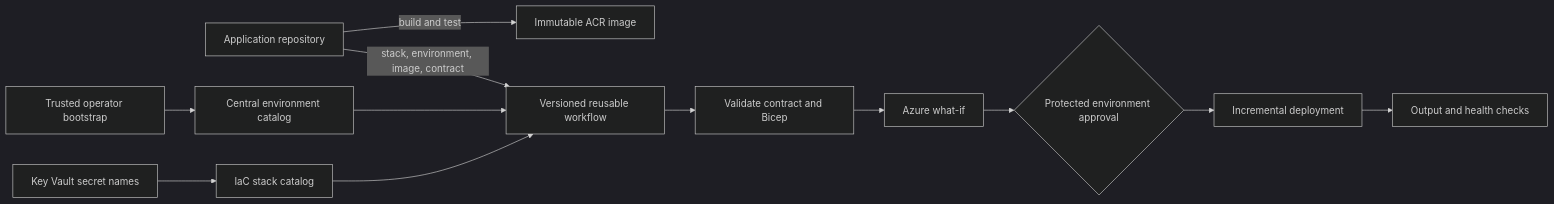
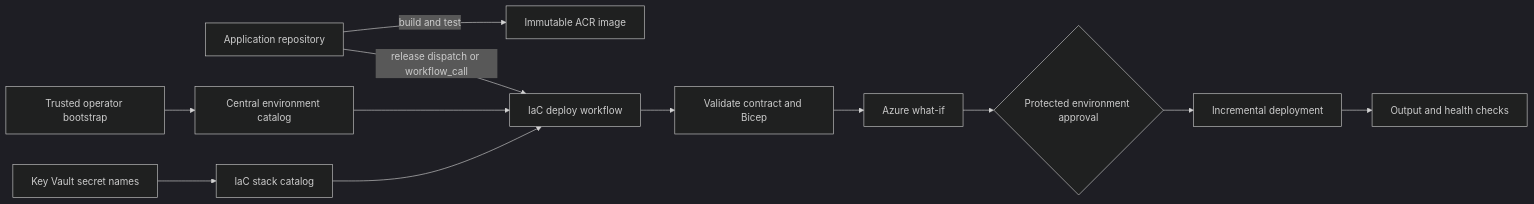
The diagram in docs/reusable-iac-design.md (BraddlesUnravels/iac), drawn with Mermaid (dark theme) before and after one commit. The commit also changed other lines of this file and 11 other files, not shown here.

````diff
--- a/docs/reusable-iac-design.md
+++ b/docs/reusable-iac-design.md
@@ -60,15 +83,15 @@
 ```mermaid
 flowchart LR
     A[Application repository] -->|build and test| I[Immutable ACR image]
-    A -->|stack, environment, image, contract| W[Versioned reusable workflow]
+    A -->|release dispatch or workflow_call| W[IaC deploy workflow]
     W --> V[Validate contract and Bicep]
     V --> P[Azure what-if]
     P --> G{Protected environment approval}
     G --> D[Incremental deployment]
     D --> H[Output and health checks]
 
     C[Central environment catalog] --> W
     S[IaC stack catalog] --> W
     K[Key Vault secret names] --> S
     O[Trusted operator bootstrap] --> C
 ```
````
